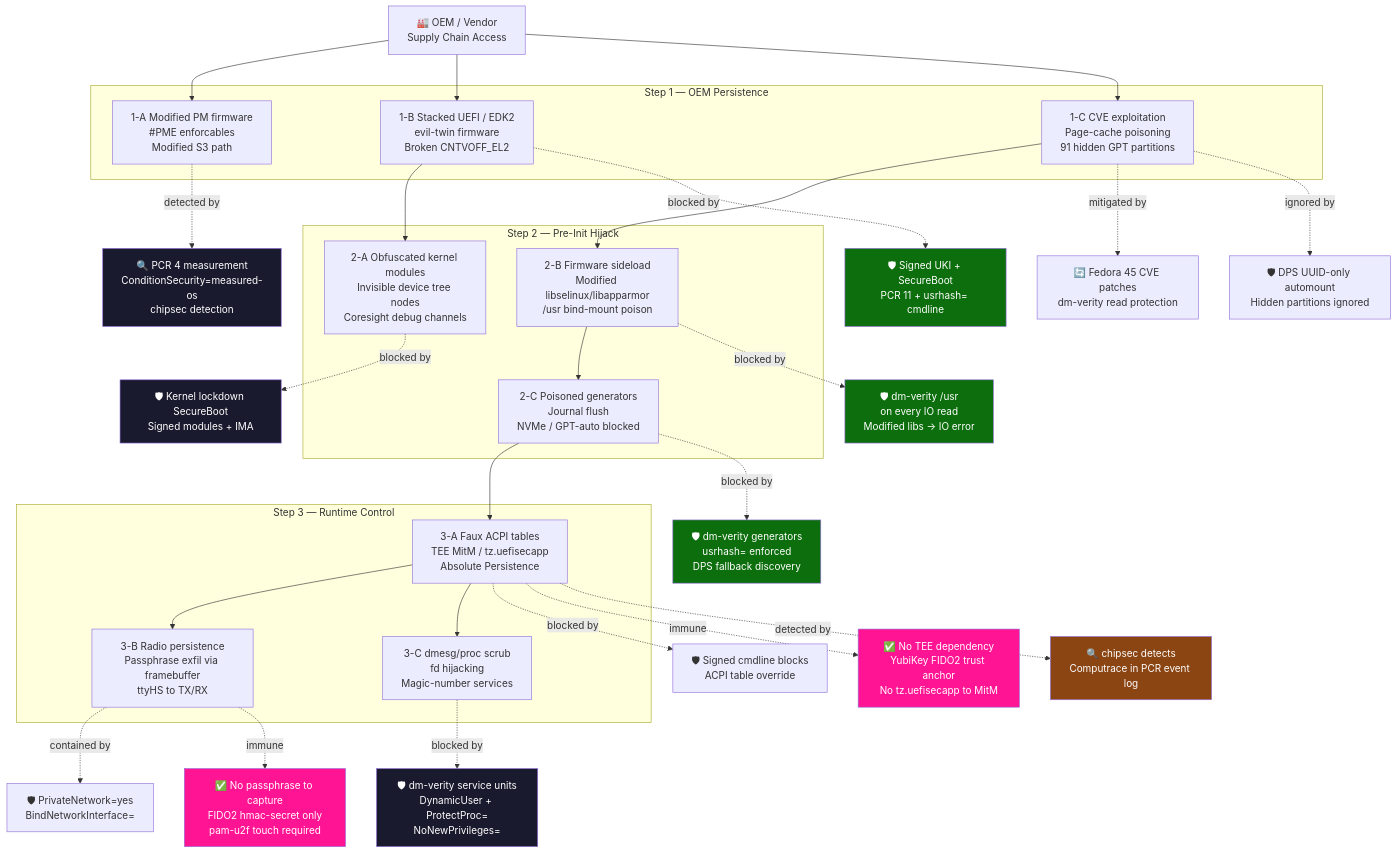
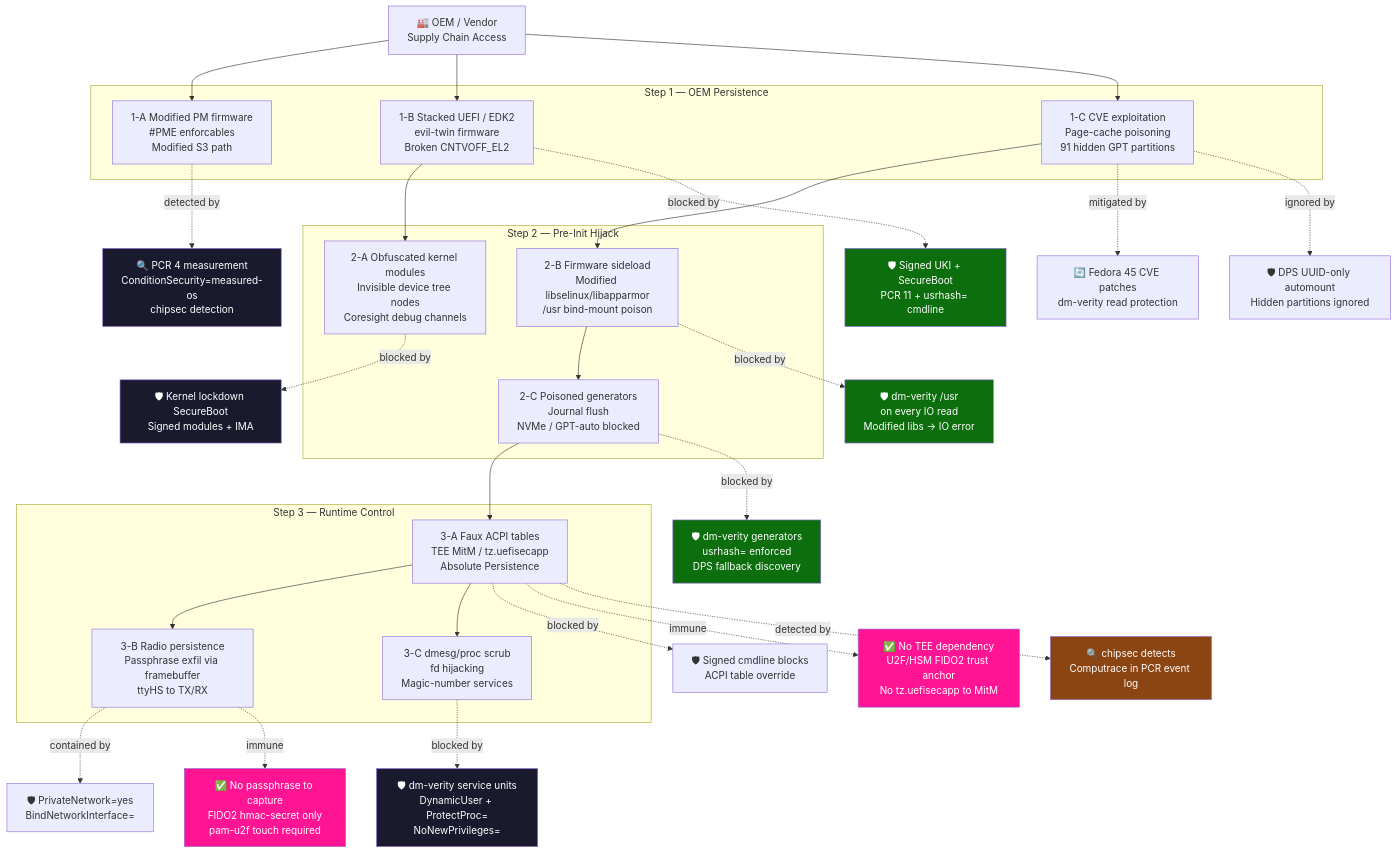
One commit to yubi-OS/yubiOS changed the diagram in docs/MITIGATE.md. Above: the diagram before and after it, drawn with Mermaid. The commit also changed other lines of this file and 292 other files, not shown here.

Commit message:
chore(repo): replace YubiKey/Yubikey/yubikey references with U2F/HSM across docs, scripts, tests, and workflows

````diff
--- a/docs/MITIGATE.md
+++ b/docs/MITIGATE.md
@@ -198,67 +198,67 @@
 ```mermaid
 flowchart TD
     OEM["🏭 OEM / Vendor\nSupply Chain Access"]
 
     subgraph S1["Step 1 — OEM Persistence"]
         S1A["1-A Modified PM firmware\n#PME enforcables\nModified S3 path"]
         S1B["1-B Stacked UEFI / EDK2\nevil-twin firmware\nBroken CNTVOFF_EL2"]
         S1C["1-C CVE exploitation\nPage-cache poisoning\n91 hidden GPT partitions"]
     end
 
     subgraph S2["Step 2 — Pre-Init Hijack"]
         S2A["2-A Obfuscated kernel modules\nInvisible device tree nodes\nCoresight debug channels"]
         S2B["2-B Firmware sideload\nModified libselinux/libapparmor\n/usr bind-mount poison"]
         S2C["2-C Poisoned generators\nJournal flush\nNVMe / GPT-auto blocked"]
     end
 
     subgraph S3["Step 3 — Runtime Control"]
         S3A["3-A Faux ACPI tables\nTEE MitM / tz.uefisecapp\nAbsolute Persistence"]
         S3B["3-B Radio persistence\nPassphrase exfil via framebuffer\nttyHS to TX/RX"]
         S3C["3-C dmesg/proc scrub\nfd hijacking\nMagic-number services"]
     end
 
     OEM --> S1A & S1B & S1C
     S1B --> S2A
     S1C --> S2B
     S2B --> S2C
     S2C --> S3A
     S3A --> S3B & S3C
 
     M1A["🔍 PCR 4 measurement\nConditionSecurity=measured-os\nchipsec detection"]
     M1B["🛡 Signed UKI + SecureBoot\nPCR 11 + usrhash= cmdline"]
     M1C1["🔄 Fedora 45 CVE patches\ndm-verity read protection"]
     M1C2["🛡 DPS UUID-only automount\nHidden partitions ignored"]
     M2A["🛡 Kernel lockdown SecureBoot\nSigned modules + IMA"]
     M2B["🛡 dm-verity /usr\non every IO read\nModified libs → IO error"]
     M2C["🛡 dm-verity generators\nusrhash= enforced\nDPS fallback discovery"]
     M3A1["🛡 Signed cmdline blocks\nACPI table override"]
-    M3A2["✅ No TEE dependency\nYubiKey FIDO2 trust anchor\nNo tz.uefisecapp to MitM"]
+    M3A2["✅ No TEE dependency\nU2F/HSM FIDO2 trust anchor\nNo tz.uefisecapp to MitM"]
     M3A3["🔍 chipsec detects\nComputrace in PCR event log"]
     M3B1["🛡 PrivateNetwork=yes\nBindNetworkInterface="]
     M3B2["✅ No passphrase to capture\nFIDO2 hmac-secret only\npam-u2f touch required"]
     M3C["🛡 dm-verity service units\nDynamicUser + ProtectProc=\nNoNewPrivileges="]
 
     S1A -. detected by .-> M1A
     S1B -. blocked by .-> M1B
     S1C -. mitigated by .-> M1C1
     S1C -. ignored by .-> M1C2
     S2A -. blocked by .-> M2A
     S2B -. blocked by .-> M2B
     S2C -. blocked by .-> M2C
     S3A -. blocked by .-> M3A1
     S3A -. immune .-> M3A2
     S3A -. detected by .-> M3A3
     S3B -. contained by .-> M3B1
     S3B -. immune .-> M3B2
     S3C -. blocked by .-> M3C
 
     style M2B fill:#0d6e0d,color:#fff
     style M2C fill:#0d6e0d,color:#fff
     style M1B fill:#0d6e0d,color:#fff
     style M3A2 fill:#ff1493,color:#fff
     style M3B2 fill:#ff1493,color:#fff
     style M3A3 fill:#8b4513,color:#fff
     style M1A fill:#1a1a2e,color:#fff
     style M2A fill:#1a1a2e,color:#fff
     style M3C fill:#1a1a2e,color:#fff
 ```
````
